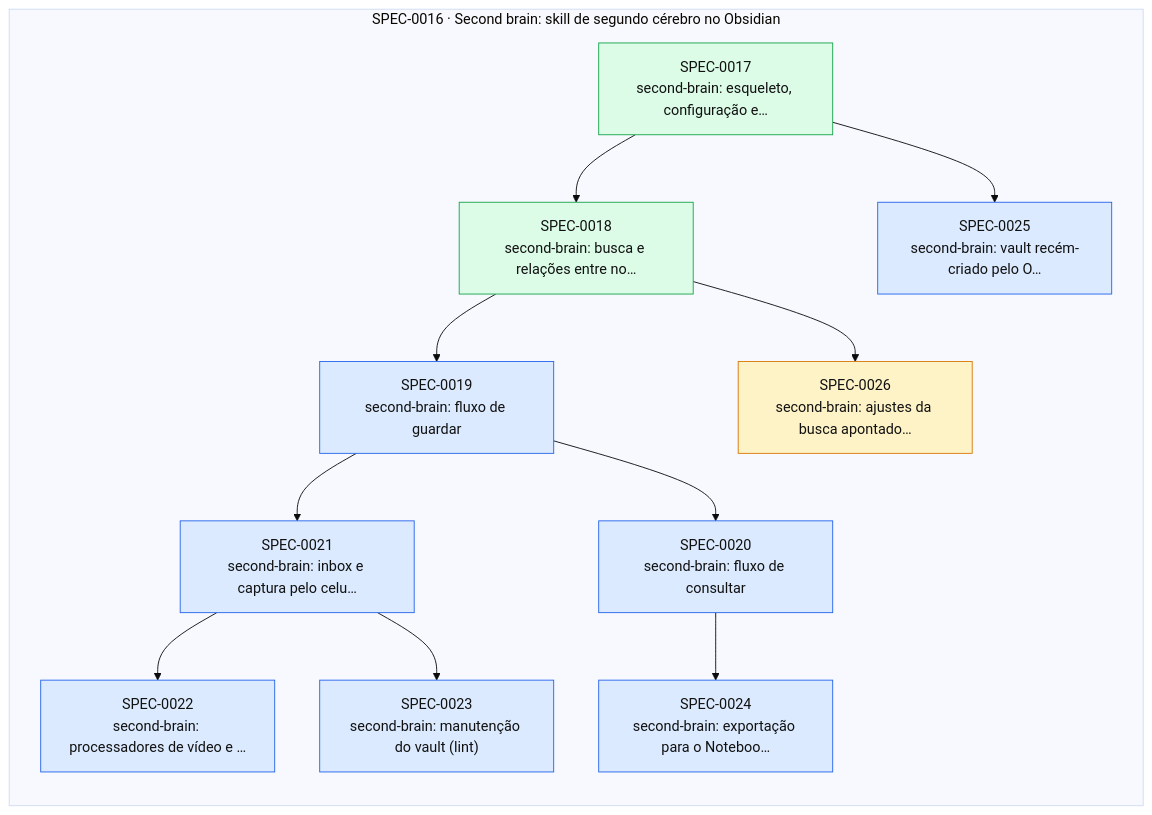
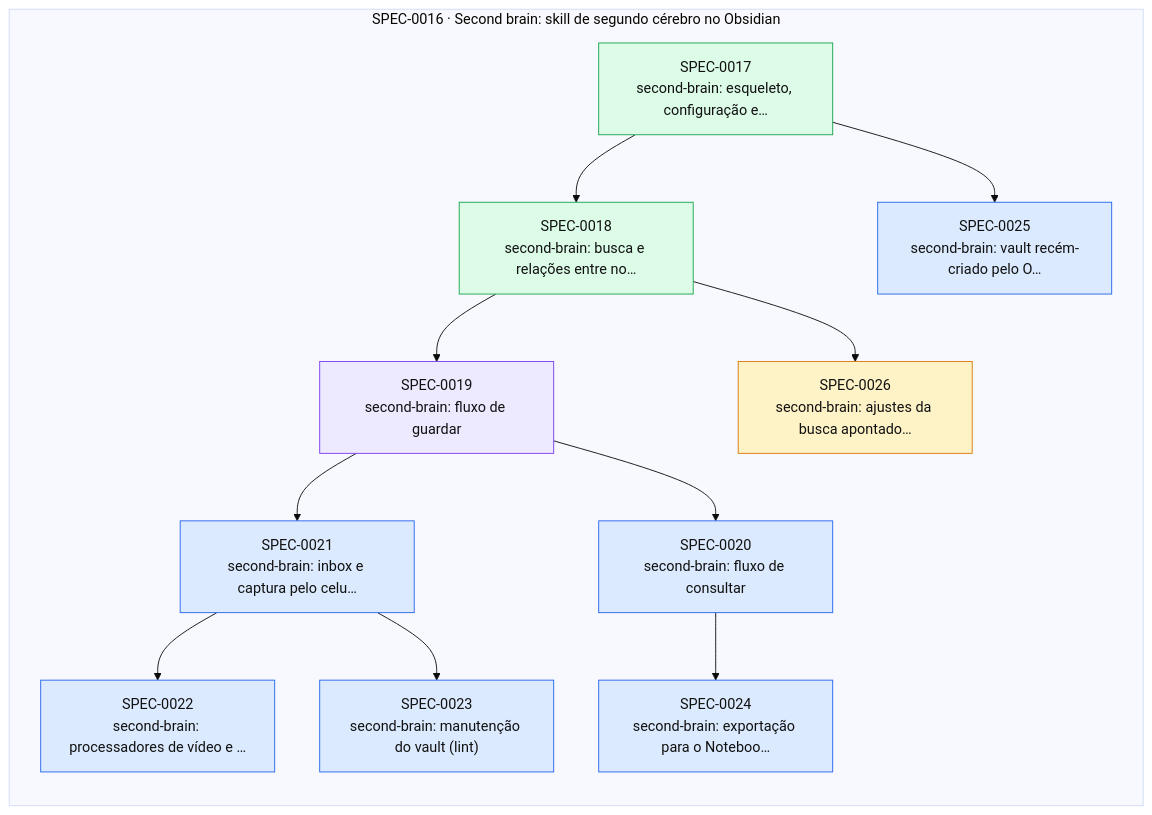
The diagram in docs/specs/INDEX.md (thomasravache/ai-dev-brain), drawn with Mermaid (base theme) before and after one commit. The commit also changed other lines of this file and 1 other file, not shown here.

First line of the commit message:
docs(specs): SPEC-0019 em execução

````diff
--- a/docs/specs/INDEX.md
+++ b/docs/specs/INDEX.md
@@ -52,29 +52,29 @@
 ```mermaid
 flowchart LR
   subgraph E0016["SPEC-0016 · Second brain: skill de segundo cérebro no Obsidian"]
     S0017["SPEC-0017<br/>second-brain: esqueleto, configuração e…"]:::implemented
     S0018["SPEC-0018<br/>second-brain: busca e relações entre no…"]:::implemented
-    S0019["SPEC-0019<br/>second-brain: fluxo de guardar"]:::approved
+    S0019["SPEC-0019<br/>second-brain: fluxo de guardar"]:::inprogress
     S0020["SPEC-0020<br/>second-brain: fluxo de consultar"]:::approved
     S0021["SPEC-0021<br/>second-brain: inbox e captura pelo celu…"]:::approved
     S0022["SPEC-0022<br/>second-brain: processadores de vídeo e …"]:::approved
     S0023["SPEC-0023<br/>second-brain: manutenção do vault (lint)"]:::approved
     S0024["SPEC-0024<br/>second-brain: exportação para o Noteboo…"]:::approved
     S0025["SPEC-0025<br/>second-brain: vault recém-criado pelo O…"]:::approved
     S0026["SPEC-0026<br/>second-brain: ajustes da busca apontado…"]:::proposed
   end
   S0017 --> S0018
   S0018 --> S0019
   S0019 --> S0020
   S0019 --> S0021
   S0021 --> S0022
   S0021 --> S0023
   S0020 --> S0024
   S0017 --> S0025
   S0018 --> S0026
   classDef proposed fill:#fef3c7,stroke:#d97706,color:#111
   classDef approved fill:#dbeafe,stroke:#2563eb,color:#111
   classDef inprogress fill:#ede9fe,stroke:#7c3aed,color:#111
   classDef implemented fill:#dcfce7,stroke:#16a34a,color:#111
   classDef deprecated fill:#f3f4f6,stroke:#9ca3af,color:#6b7280
 ```
````
